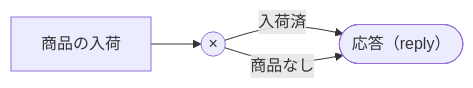
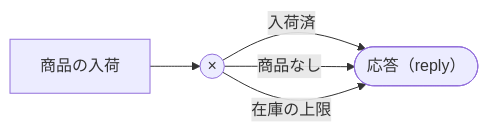
The third of 5 diagrams in tests/fixtures/overseas_shop/overseas_shop_spec.md (tazyamah/geas), drawn with Mermaid before and after one commit. The commit also changed other lines of this file and 15 other files, not shown here.

````diff
--- a/tests/fixtures/overseas_shop/overseas_shop_spec.md
+++ b/tests/fixtures/overseas_shop/overseas_shop_spec.md
@@ -152,9 +154,10 @@
 ```mermaid
 flowchart LR
     n0["商品の入荷"]
     n1(("×"))
     n0 --> n1
     n2(["応答（reply）"])
     n1 -- "入荷済" --> n2
     n1 -- "商品なし" --> n2
+    n1 -- "在庫の上限" --> n2
 ```
````
